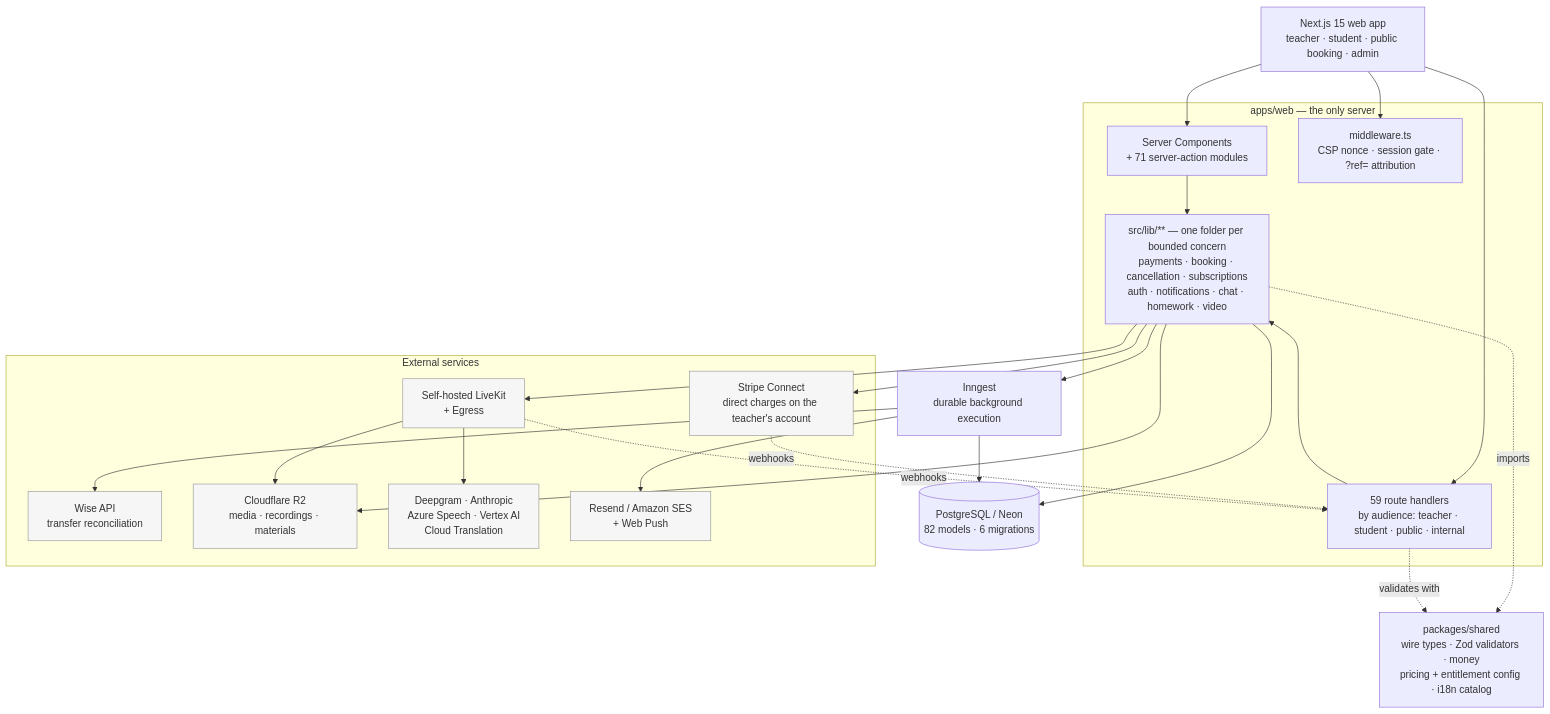
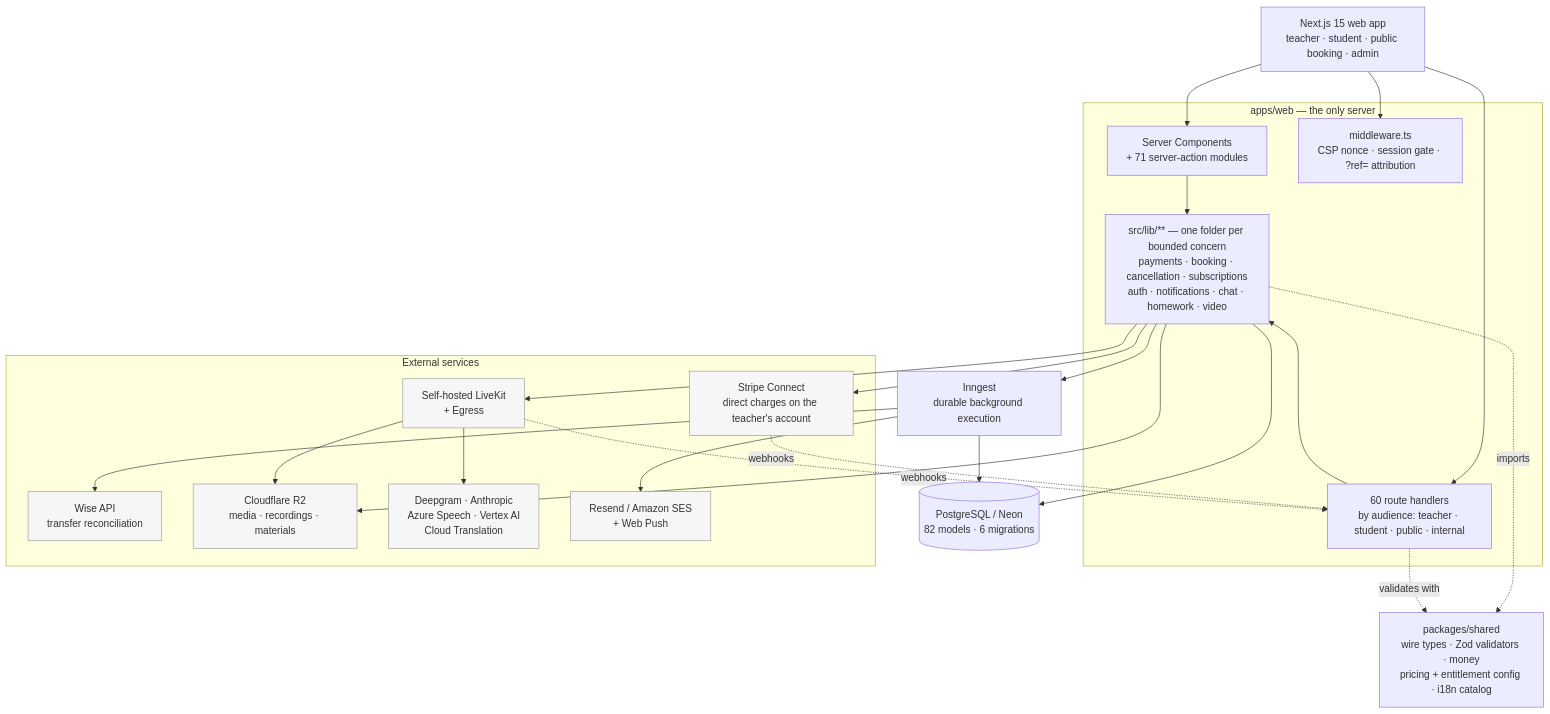
One commit to jaystewartuk/spiralclass changed the first of 2 diagrams in README.md. Above: the diagram before and after it, drawn with Mermaid. The commit also changed other lines of this file and 40 other files, not shown here.

````diff
--- a/README.md
+++ b/README.md
@@ -131,48 +131,48 @@
 ```mermaid
 graph TB
     WEB["Next.js 15 web app<br/>teacher · student · public booking · admin"]
 
     subgraph app["apps/web — the only server"]
         RSC["Server Components<br/>+ 71 server-action modules"]
-        API["59 route handlers<br/>by audience: teacher · student · public · internal"]
+        API["60 route handlers<br/>by audience: teacher · student · public · internal"]
         MW["middleware.ts<br/>CSP nonce · session gate · ?ref= attribution"]
         LIB["src/lib/** — one folder per bounded concern<br/>payments · booking · cancellation · subscriptions<br/>auth · notifications · chat · homework · video"]
     end
 
     SH["packages/shared<br/>wire types · Zod validators · money<br/>pricing + entitlement config · i18n catalog"]
 
     DB[("PostgreSQL / Neon<br/>82 models · 6 migrations")]
     JOBS["Inngest<br/>durable background execution"]
 
     subgraph external["External services"]
         STRIPE["Stripe Connect<br/>direct charges on the teacher's account"]
         WISE["Wise API<br/>transfer reconciliation"]
         LK["Self-hosted LiveKit<br/>+ Egress"]
         R2["Cloudflare R2<br/>media · recordings · materials"]
         AI["Deepgram · Anthropic<br/>Azure Speech · Vertex AI<br/>Cloud Translation"]
         MAIL["Resend / Amazon SES<br/>+ Web Push"]
     end
 
     WEB --> MW
     WEB --> RSC
     WEB --> API
     RSC --> LIB
     API --> LIB
     LIB --> DB
     LIB --> JOBS
     JOBS --> DB
     JOBS --> MAIL
     LIB --> STRIPE
     JOBS --> WISE
     LIB --> LK
     LK --> R2
     LK --> AI
     LIB --> R2
     LIB -.imports.-> SH
     API -.validates with.-> SH
     STRIPE -.webhooks.-> API
     LK -.webhooks.-> API
 
     classDef ext fill:#f6f6f6,stroke:#999,color:#333
     class STRIPE,WISE,LK,R2,AI,MAIL ext
 ```
````
